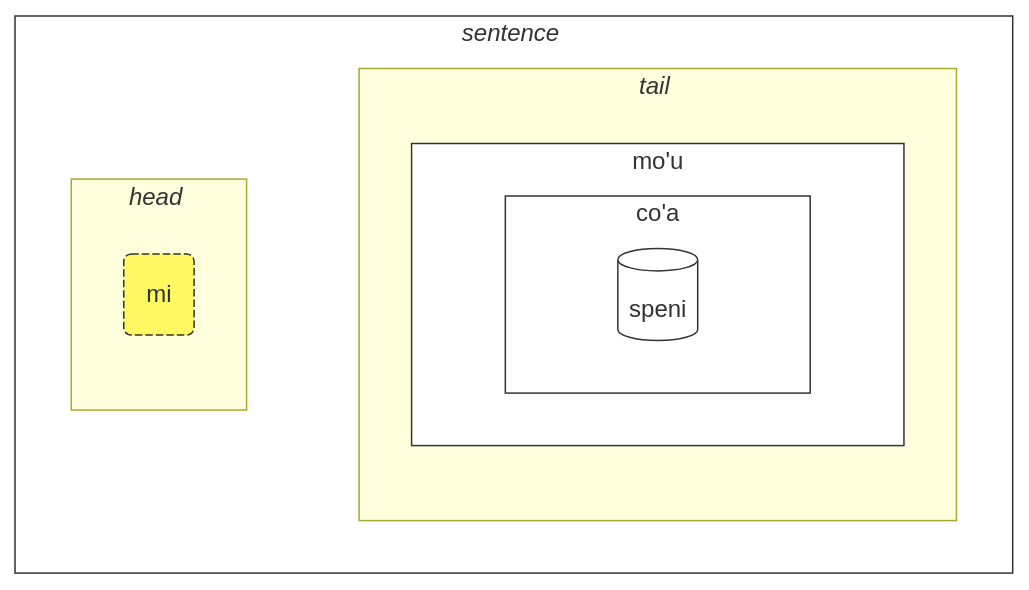
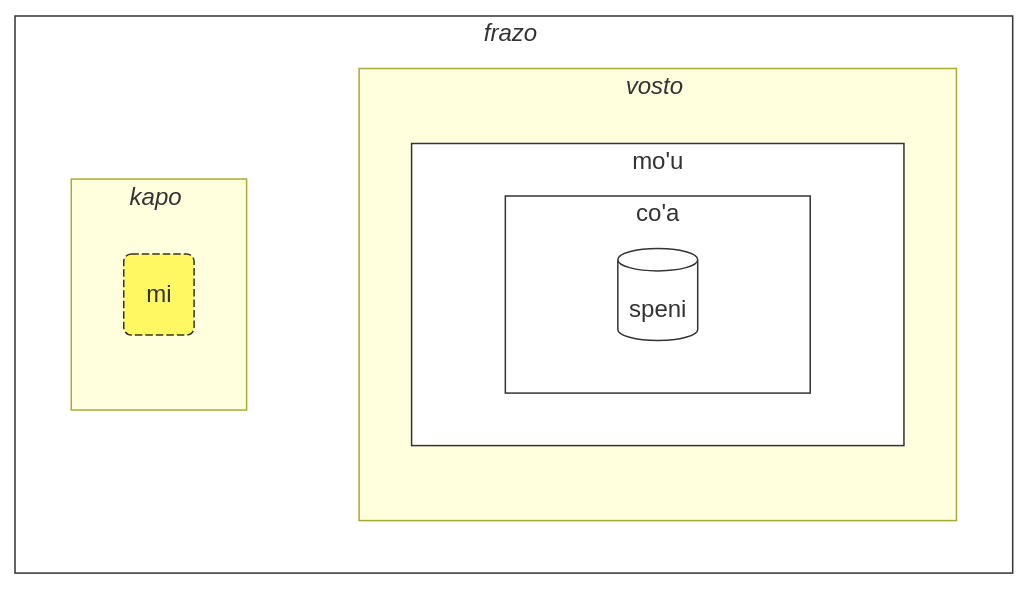
One commit to La-Lojban/lojban.pw changed the second of 2 diagrams in data/pages/eo/books/learn-lojban/!2.md. Above: the diagram before and after it, drawn with Mermaid. The commit also changed other lines of this file and 19 other files, not shown here.

````diff
--- a/data/pages/eo/books/learn-lojban/!2.md
+++ b/data/pages/eo/books/learn-lojban/!2.md
@@ -1413,32 +1411,32 @@
 ```mermaid
 flowchart LR
     %% common structure:
-    subgraph sentence["<i>sentence</i>#nbsp;"]
+    subgraph sentence["<i>frazo</i>#nbsp;"]
         direction LR
         head-terms
         tail
     end
     head-terms ~~~ tail
-    subgraph head-terms["<i>head</i>#nbsp;"]
+    subgraph head-terms["<i>kapo</i>#nbsp;"]
         t1
     end
-    subgraph tail["<i>tail</i>#nbsp;"]
+    subgraph tail["<i>vosto</i>#nbsp;"]
         subgraph m1["mo'u"]
             subgraph m2["co'a"]
                 brivla
             end
         end
     end
 
     t1(mi)
     brivla[(speni)]
 
     classDef blabi fill:#fff,stroke:#333;
     class m1 blabi;
     class m2 blabi;
     class sentence blabi;
 
     classDef x fill:#FFF863,stroke:#333,stroke-width:1px,stroke-dasharray: 5 2;
     class t1 x;
     class brivla blabi;
 ```
````
